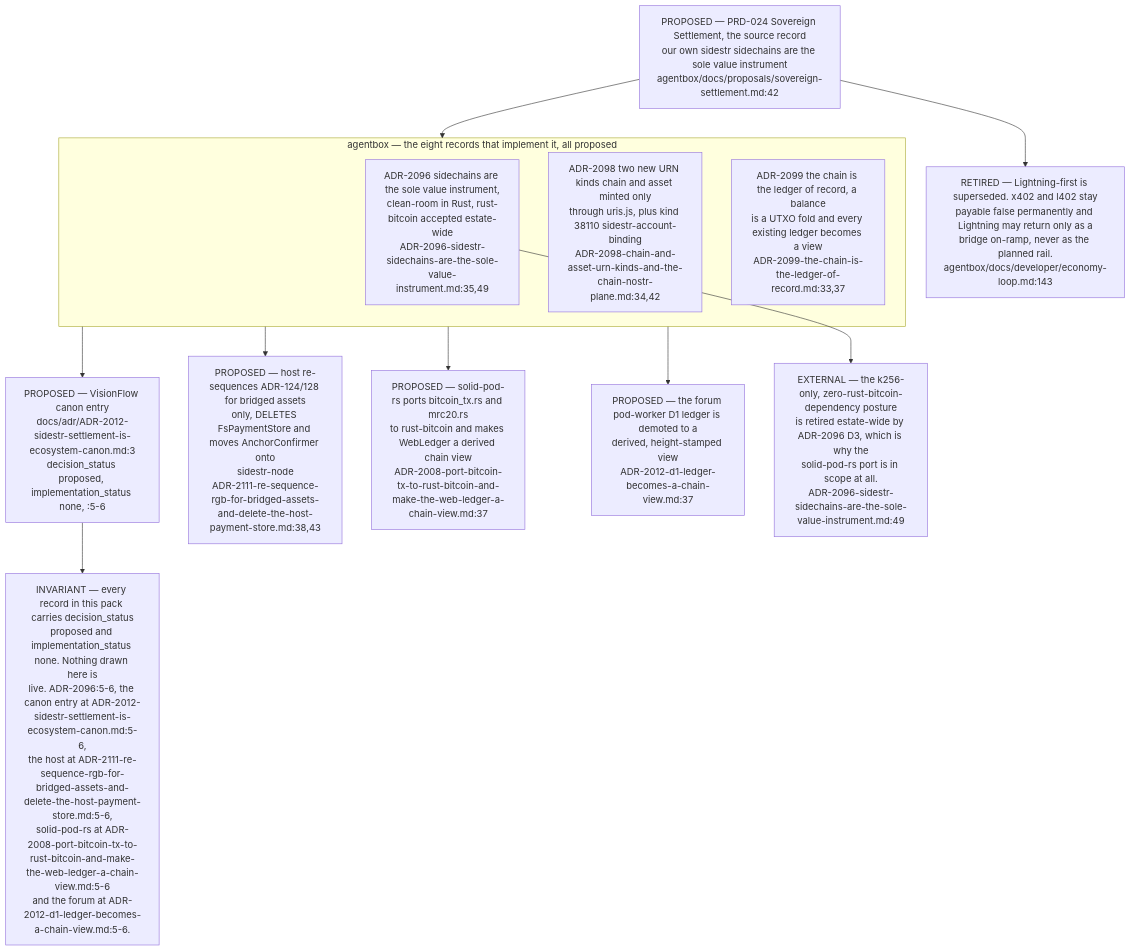
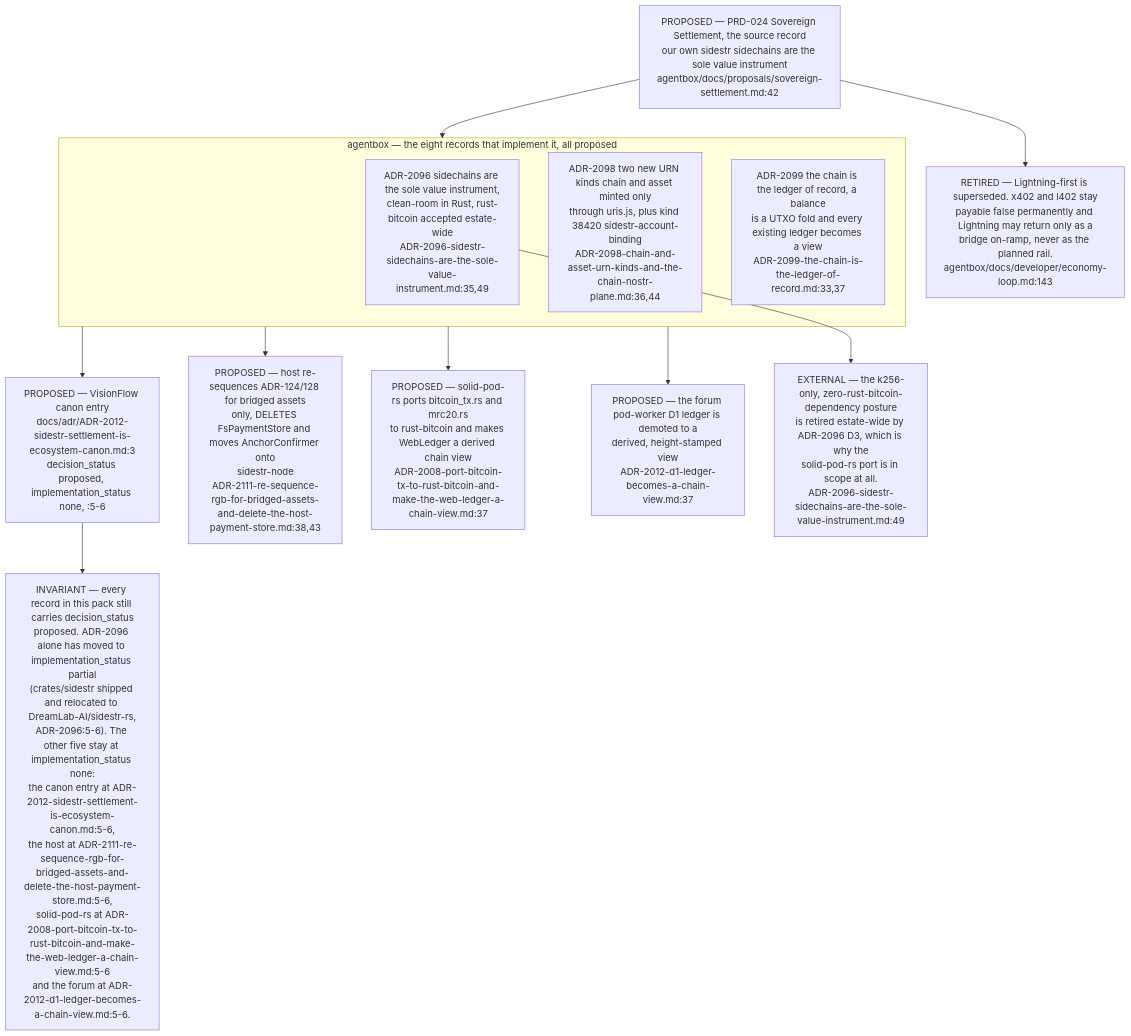
Before and after one commit to DreamLab-AI/VisionFlow: diagram 11 of 12 in docs/diagrams/estate/03-cross-repo-federation-contract.md, drawn with Mermaid. The commit also changed other lines of this file and 136 other files, not shown here.

First line of the commit message:
docs(diagrams): refresh the whole corpus to code HEAD and prune low-value diagrams

````diff
--- a/docs/diagrams/estate/03-cross-repo-federation-contract.md
+++ b/docs/diagrams/estate/03-cross-repo-federation-contract.md
@@ -441,30 +441,30 @@
 ```mermaid
 flowchart TB
     PRD["PROPOSED — PRD-024 Sovereign Settlement, the source record<br/>our own sidestr sidechains are the sole value instrument<br/>agentbox/docs/proposals/sovereign-settlement.md:42"]
 
     subgraph AB["agentbox — the eight records that implement it, all proposed"]
         A96["ADR-2096 sidechains are the sole value instrument,<br/>clean-room in Rust, rust-bitcoin accepted estate-wide<br/>ADR-2096-sidestr-sidechains-are-the-sole-value-instrument.md:35,49"]
-        A98["ADR-2098 two new URN kinds chain and asset minted only<br/>through uris.js, plus kind 38110 sidestr-account-binding<br/>ADR-2098-chain-and-asset-urn-kinds-and-the-chain-nostr-plane.md:34,42"]
+        A98["ADR-2098 two new URN kinds chain and asset minted only<br/>through uris.js, plus kind 38420 sidestr-account-binding<br/>ADR-2098-chain-and-asset-urn-kinds-and-the-chain-nostr-plane.md:36,44"]
         A99["ADR-2099 the chain is the ledger of record, a balance<br/>is a UTXO fold and every existing ledger becomes a view<br/>ADR-2099-the-chain-is-the-ledger-of-record.md:33,37"]
     end
     PRD --> AB
 
     CANON["PROPOSED — VisionFlow canon entry<br/>docs/adr/ADR-2012-sidestr-settlement-is-ecosystem-canon.md:3<br/>decision_status proposed, implementation_status none, :5-6"]
     HOST["PROPOSED — host re-sequences ADR-124/128 for bridged assets<br/>only, DELETES FsPaymentStore and moves AnchorConfirmer onto<br/>sidestr-node<br/>ADR-2111-re-sequence-rgb-for-bridged-assets-and-delete-the-host-payment-store.md:38,43"]
     SPR["PROPOSED — solid-pod-rs ports bitcoin_tx.rs and mrc20.rs<br/>to rust-bitcoin and makes WebLedger a derived chain view<br/>ADR-2008-port-bitcoin-tx-to-rust-bitcoin-and-make-the-web-ledger-a-chain-view.md:37"]
     FRM["PROPOSED — the forum pod-worker D1 ledger is demoted to a<br/>derived, height-stamped view<br/>ADR-2012-d1-ledger-becomes-a-chain-view.md:37"]
 
     AB --> CANON
     AB --> HOST
     AB --> SPR
     AB --> FRM
 
-    INV["INVARIANT — every record in this pack carries decision_status<br/>proposed and implementation_status none. Nothing drawn here is<br/>live. ADR-2096:5-6, the canon entry at ADR-2012-sidestr-settlement-is-ecosystem-canon.md:5-6,<br/>the host at ADR-2111-re-sequence-rgb-for-bridged-assets-and-delete-the-host-payment-store.md:5-6,<br/>solid-pod-rs at ADR-2008-port-bitcoin-tx-to-rust-bitcoin-and-make-the-web-ledger-a-chain-view.md:5-6<br/>and the forum at ADR-2012-d1-ledger-becomes-a-chain-view.md:5-6."]
+    INV["INVARIANT — every record in this pack still carries decision_status<br/>proposed. ADR-2096 alone has moved to implementation_status partial<br/>(crates/sidestr shipped and relocated to DreamLab-AI/sidestr-rs,<br/>ADR-2096:5-6). The other five stay at implementation_status none:<br/>the canon entry at ADR-2012-sidestr-settlement-is-ecosystem-canon.md:5-6,<br/>the host at ADR-2111-re-sequence-rgb-for-bridged-assets-and-delete-the-host-payment-store.md:5-6,<br/>solid-pod-rs at ADR-2008-port-bitcoin-tx-to-rust-bitcoin-and-make-the-web-ledger-a-chain-view.md:5-6<br/>and the forum at ADR-2012-d1-ledger-becomes-a-chain-view.md:5-6."]
     CANON --> INV
 
     RET["RETIRED — Lightning-first is superseded. x402 and l402 stay<br/>payable false permanently and Lightning may return only as a<br/>bridge on-ramp, never as the planned rail.<br/>agentbox/docs/developer/economy-loop.md:143"]
     PRD --> RET
 
     KILL["EXTERNAL — the k256-only, zero-rust-bitcoin-dependency posture<br/>is retired estate-wide by ADR-2096 D3, which is why the<br/>solid-pod-rs port is in scope at all.<br/>ADR-2096-sidestr-sidechains-are-the-sole-value-instrument.md:49"]
     A96 --> KILL
 ```
````
